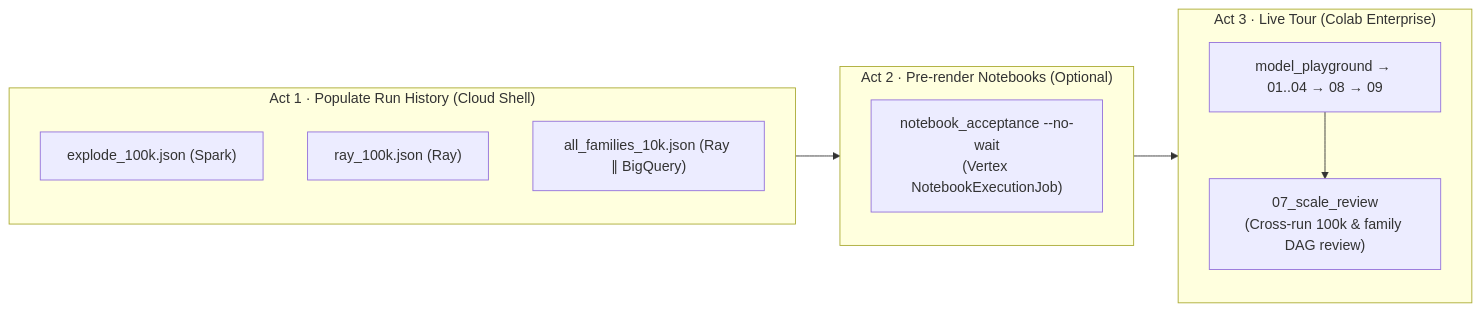
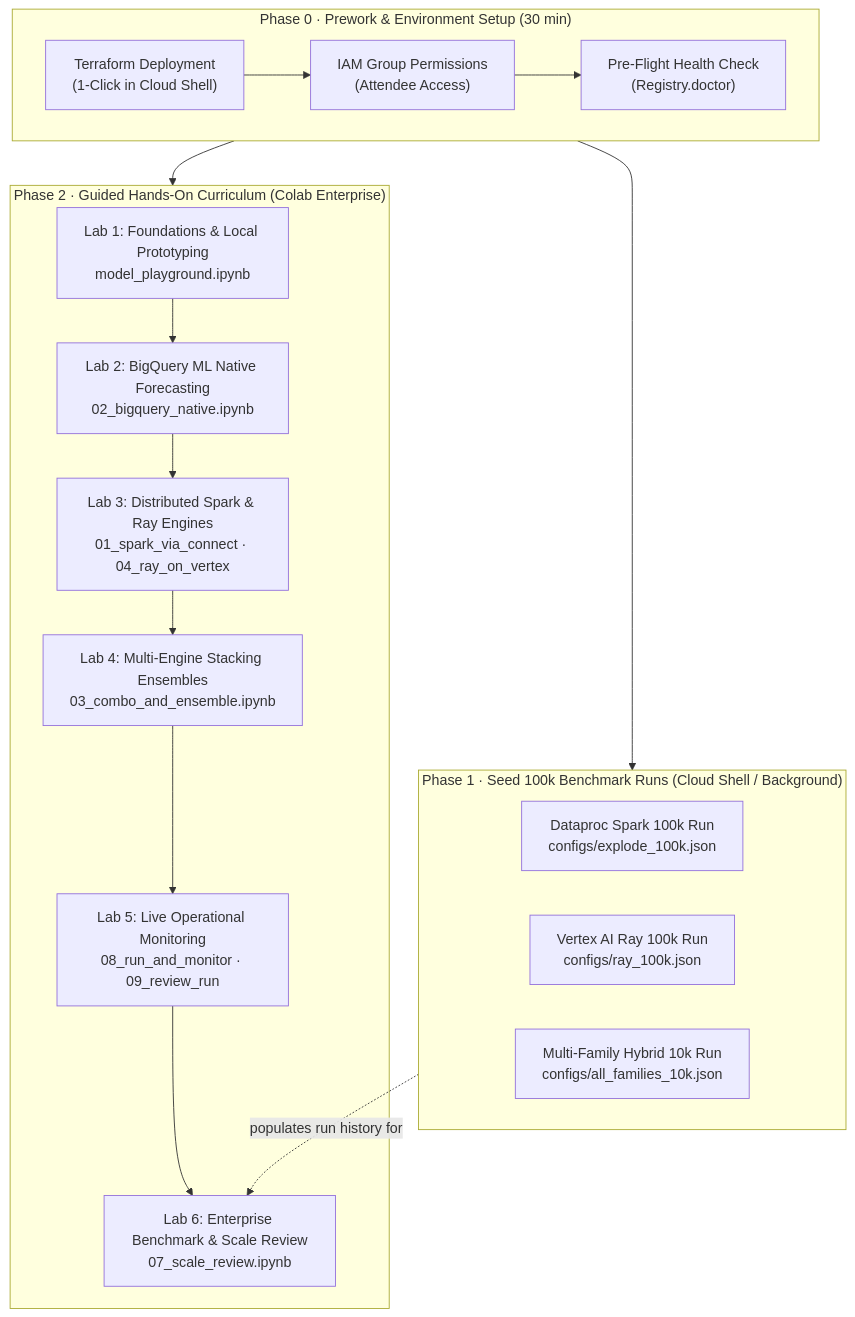
The diagram in docs/workshop.md (statmike/scale-forecasting), drawn with Mermaid before and after one commit. The commit also changed other lines of this file and 12 other files, not shown here.

Commit message:
docs(phase-4): elevate main README, customer workshop guide, and notebook suite

````diff
--- a/docs/workshop.md
+++ b/docs/workshop.md
@@ -18,17 +8,29 @@
 ```mermaid
-flowchart LR
-    subgraph Act1["Act 1 · Populate Run History (Cloud Shell)"]
-        A1["explode_100k.json (Spark)"]
-        A2["ray_100k.json (Ray)"]
-        A3["all_families_10k.json (Ray ∥ BigQuery)"]
+flowchart TD
+    subgraph Prework["Phase 0 · Prework & Environment Setup (30 min)"]
+        P1["Terraform Deployment<br/>(1-Click in Cloud Shell)"]
+        P2["IAM Group Permissions<br/>(Attendee Access)"]
+        P3["Pre-Flight Health Check<br/>(Registry.doctor)"]
+        P1 --> P2 --> P3
     end
-    subgraph Act2["Act 2 · Pre-render Notebooks (Optional)"]
-        B1["notebook_acceptance --no-wait\n(Vertex NotebookExecutionJob)"]
+
+    subgraph Batch["Phase 1 · Seed 100k Benchmark Runs (Cloud Shell / Background)"]
+        B1["Dataproc Spark 100k Run<br/>configs/explode_100k.json"]
+        B2["Vertex AI Ray 100k Run<br/>configs/ray_100k.json"]
+        B3["Multi-Family Hybrid 10k Run<br/>configs/all_families_10k.json"]
     end
-    subgraph Act3["Act 3 · Live Tour (Colab Enterprise)"]
-        C1["model_playground → 01..04 → 08 → 09"]
-        C2["07_scale_review\n(Cross-run 100k & family DAG review)"]
-        C1 --> C2
+
+    subgraph Labs["Phase 2 · Guided Hands-On Curriculum (Colab Enterprise)"]
+        L1["Lab 1: Foundations & Local Prototyping<br/>model_playground.ipynb"]
+        L2["Lab 2: BigQuery ML Native Forecasting<br/>02_bigquery_native.ipynb"]
+        L3["Lab 3: Distributed Spark & Ray Engines<br/>01_spark_via_connect · 04_ray_on_vertex"]
+        L4["Lab 4: Multi-Engine Stacking Ensembles<br/>03_combo_and_ensemble.ipynb"]
+        L5["Lab 5: Live Operational Monitoring<br/>08_run_and_monitor · 09_review_run"]
+        L6["Lab 6: Enterprise Benchmark & Scale Review<br/>07_scale_review.ipynb"]
+        L1 --> L2 --> L3 --> L4 --> L5 --> L6
     end
-    Act1 --> Act2 --> Act3
+
+    Prework --> Batch
+    Prework --> Labs
+    Batch -.->|populates run history for| L6
 ```
````
